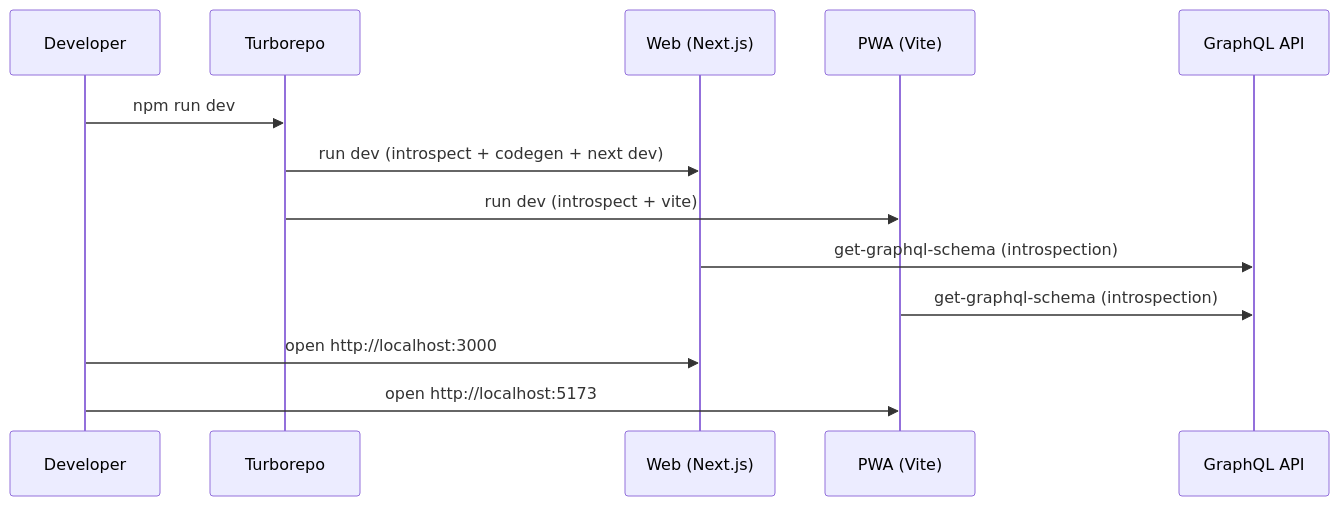
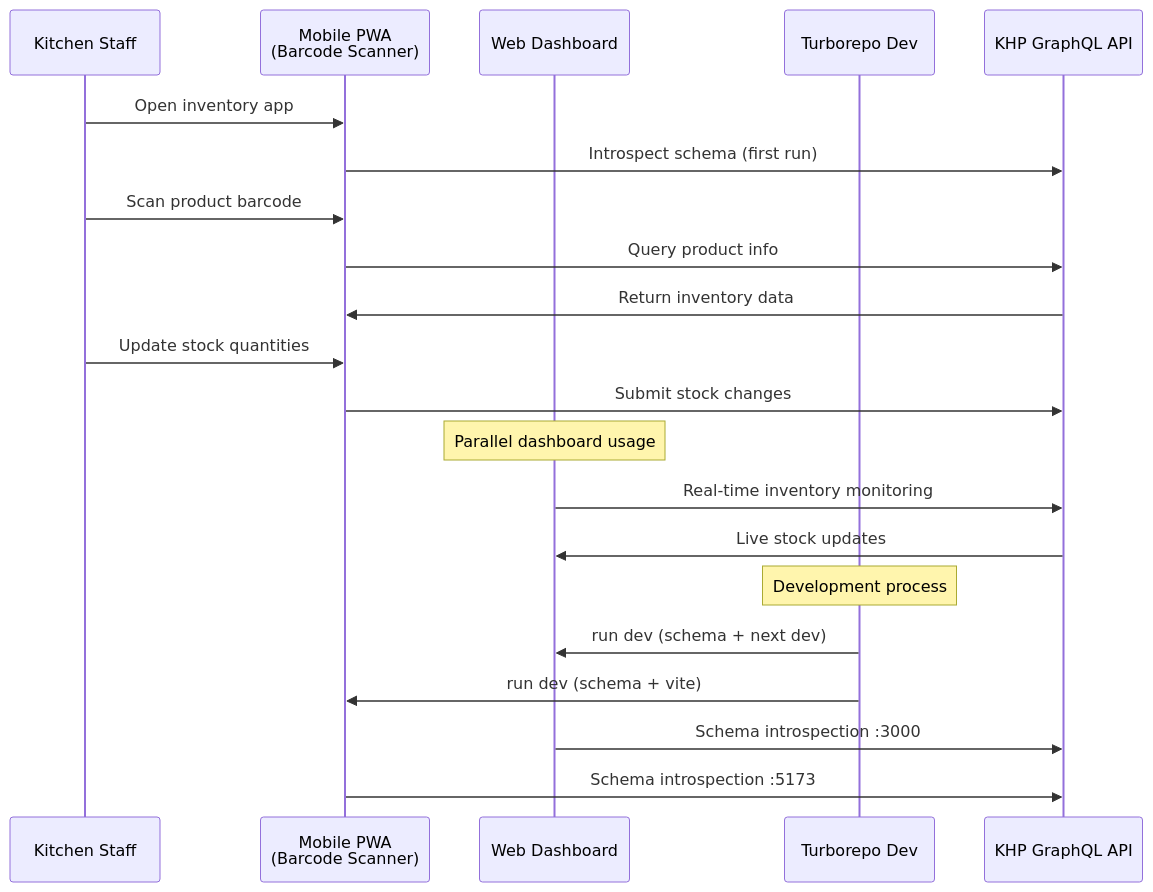
The second of 3 diagrams in README.md (GoofyTeam/KHP-front), drawn with Mermaid before and after one commit. The commit also changed other lines of this file and 1 other file, not shown here.

Commit message:
Update README to accurately describe KHP inventory management system

````diff
--- a/README.md
+++ b/README.md
@@ -48,16 +48,26 @@
 ```mermaid
 sequenceDiagram
-  participant Dev as Developer
-  participant Turbo as Turborepo
-  participant W as Web (Next.js)
-  participant P as PWA (Vite)
-  participant API as GraphQL API
+  participant Chef as Kitchen Staff
+  participant PWA as Mobile PWA<br/>(Barcode Scanner)
+  participant Web as Web Dashboard
+  participant Turbo as Turborepo Dev
+  participant API as KHP GraphQL API
 
-  Dev->>Turbo: npm run dev
-  Turbo->>W: run dev (introspect + codegen + next dev)
-  Turbo->>P: run dev (introspect + vite)
-  W->>API: get-graphql-schema (introspection)
-  P->>API: get-graphql-schema (introspection)
-  Dev->>W: open http://localhost:3000
-  Dev->>P: open http://localhost:5173
+  Chef->>PWA: Open inventory app
+  PWA->>API: Introspect schema (first run)
+  Chef->>PWA: Scan product barcode
+  PWA->>API: Query product info
+  API->>PWA: Return inventory data
+  Chef->>PWA: Update stock quantities
+  PWA->>API: Submit stock changes
+  
+  Note over Web: Parallel dashboard usage
+  Web->>API: Real-time inventory monitoring
+  API->>Web: Live stock updates
+  
+  Note over Turbo: Development process
+  Turbo->>Web: run dev (schema + next dev)
+  Turbo->>PWA: run dev (schema + vite)
+  Web->>API: Schema introspection :3000
+  PWA->>API: Schema introspection :5173
 ```
````
